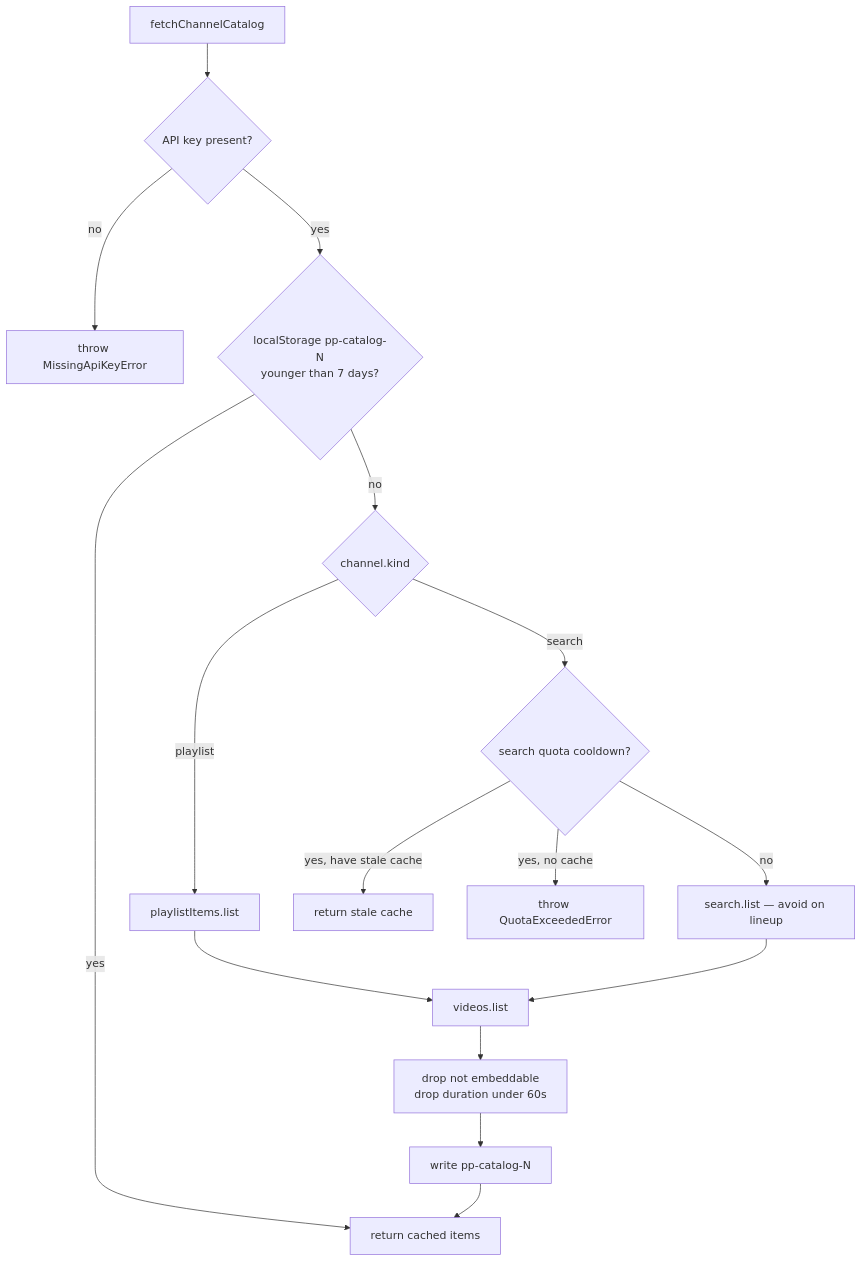
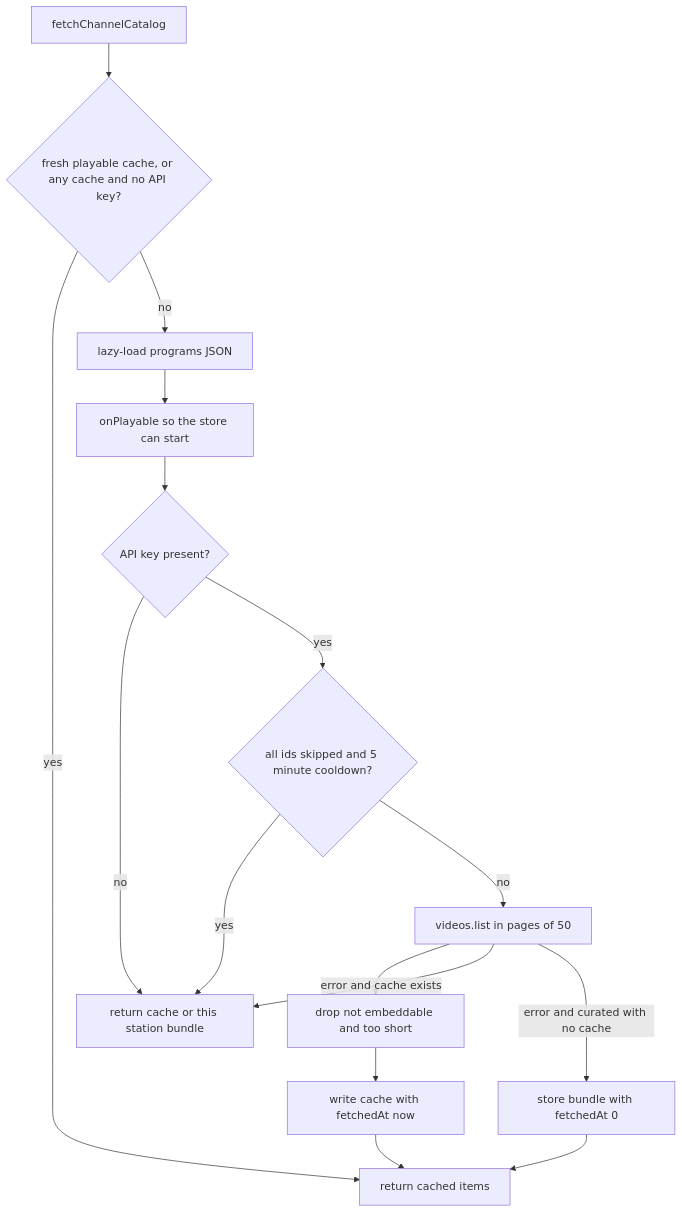
The fifth of 10 diagrams in docs/architecture.md (tusharv/positive-player), drawn with Mermaid before and after one commit. The commit also changed other lines of this file, not shown here.

````diff
--- a/docs/architecture.md
+++ b/docs/architecture.md
@@ -147,19 +162,19 @@
 ```mermaid
 flowchart TD
   Start[fetchChannelCatalog]
-  Start --> Key{API key present?}
-  Key -->|no| Missing[throw MissingApiKeyError]
-  Key -->|yes| Cache{localStorage pp-catalog-N<br/>younger than 7 days?}
-  Cache -->|yes| Return[return cached items]
-  Cache -->|no| Kind{channel.kind}
-  Kind -->|playlist| PL[playlistItems.list]
-  Kind -->|search| QBlock{search quota cooldown?}
-  QBlock -->|yes, have stale cache| Stale[return stale cache]
-  QBlock -->|yes, no cache| QErr[throw QuotaExceededError]
-  QBlock -->|no| Search[search.list — avoid on lineup]
-  PL --> Vids[videos.list]
-  Search --> Vids
-  Vids --> Filter[drop not embeddable<br/>drop duration under 60s]
-  Filter --> Write[write pp-catalog-N]
+  Start --> Fresh{"fresh playable cache, or any cache and no API key?"}
+  Fresh -->|yes| Return[return cached items]
+  Fresh -->|no| Bundle["lazy-load programs JSON"]
+  Bundle --> Play[onPlayable so the store can start]
+  Play --> Key{API key present?}
+  Key -->|no| Same[return cache or this station bundle]
+  Key -->|yes| Cool{"all ids skipped and 5 minute cooldown?"}
+  Cool -->|yes| Same
+  Cool -->|no| Vids["videos.list in pages of 50"]
+  Vids --> Filter["drop not embeddable and too short"]
+  Filter --> Write["write cache with fetchedAt now"]
   Write --> Return
+  Vids -->|error and cache exists| Same
+  Vids -->|error and curated with no cache| BundleBack["store bundle with fetchedAt 0"]
+  BundleBack --> Return
 ```
````
